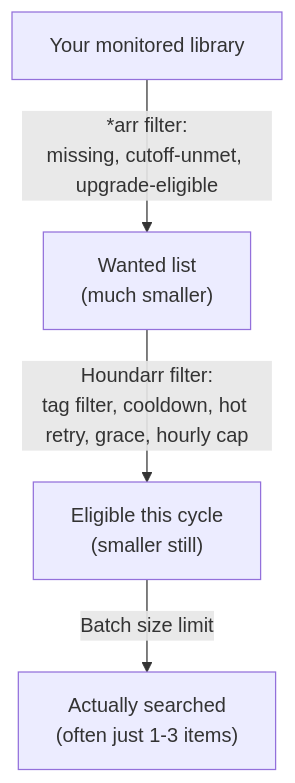
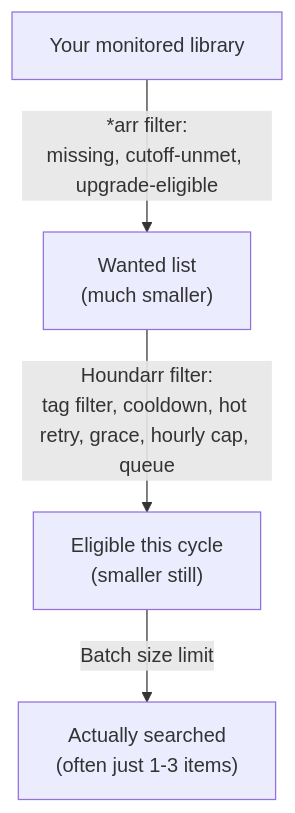
Before and after one commit to av1155/houndarr: the second of 2 diagrams in website/docs/concepts/how-scheduling-works.md, drawn with Mermaid. The commit also changed other lines of this file and 33 other files, not shown here.

````diff
--- a/website/docs/concepts/how-scheduling-works.md
+++ b/website/docs/concepts/how-scheduling-works.md
@@ -63,10 +63,10 @@
 ```mermaid
 flowchart TD
     A["Your monitored library"]
     B["Wanted list<br/>(much smaller)"]
     C["Eligible this cycle<br/>(smaller still)"]
     D["Actually searched<br/>(often just 1-3 items)"]
     A -->|"*arr filter:<br/>missing, cutoff-unmet, upgrade-eligible"| B
-    B -->|"Houndarr filter:<br/>tag filter, cooldown, hot retry, grace, hourly cap"| C
+    B -->|"Houndarr filter:<br/>tag filter, cooldown, hot retry, grace, hourly cap, queue"| C
     C -->|"Batch size limit"| D
 ```
````
